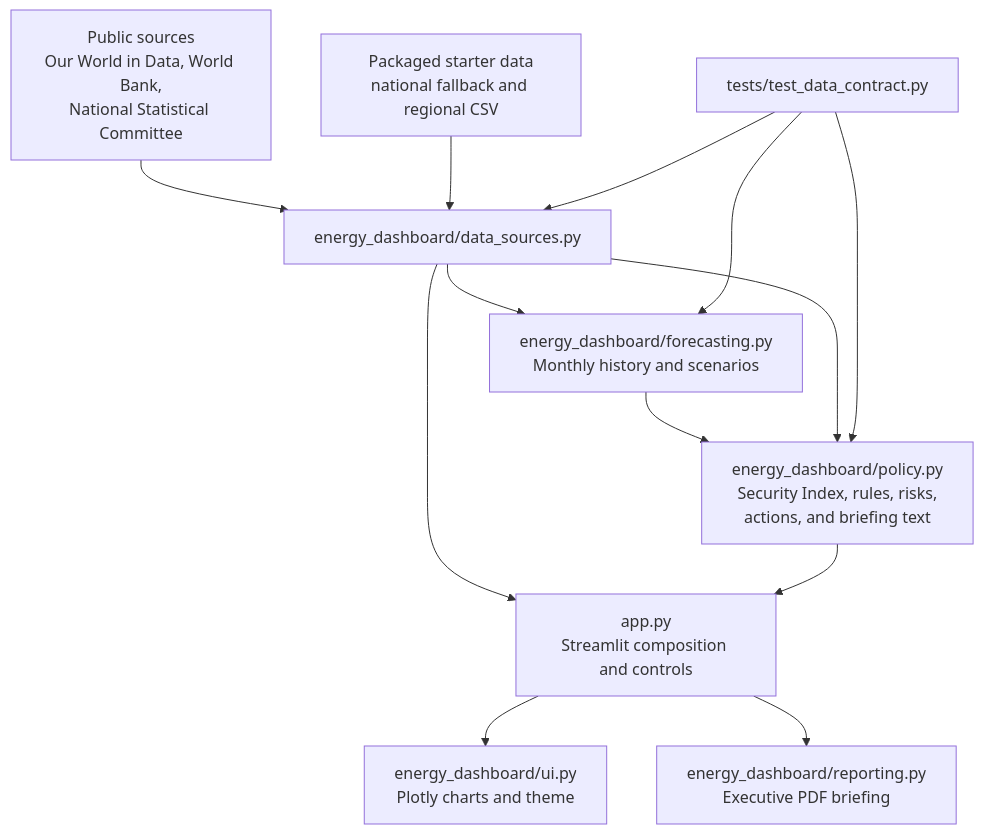
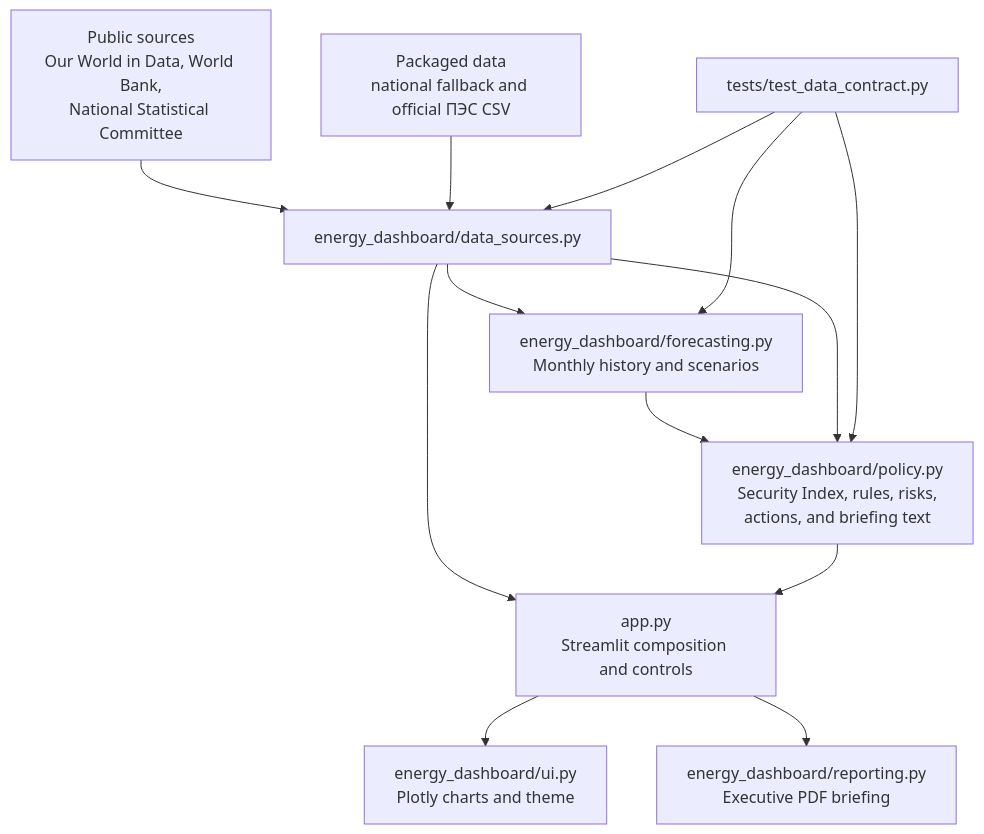
One commit to Suiunibraev/kg-energy-dashboard changed the diagram in README.md. Above: the diagram before and after it, drawn with Mermaid. The commit also changed other lines of this file and 12 other files, not shown here.

````diff
--- a/README.md
+++ b/README.md
@@ -50,15 +50,15 @@
 ```mermaid
 flowchart TD
     A["Public sources<br/>Our World in Data, World Bank,<br/>National Statistical Committee"] --> B["energy_dashboard/data_sources.py"]
-    C["Packaged starter data<br/>national fallback and regional CSV"] --> B
+    C["Packaged data<br/>national fallback and official ПЭС CSV"] --> B
     B --> D["app.py<br/>Streamlit composition and controls"]
     B --> E["energy_dashboard/forecasting.py<br/>Monthly history and scenarios"]
     E --> F["energy_dashboard/policy.py<br/>Security Index, rules, risks,<br/>actions, and briefing text"]
     B --> F
     D --> G["energy_dashboard/ui.py<br/>Plotly charts and theme"]
     F --> D
     D --> H["energy_dashboard/reporting.py<br/>Executive PDF briefing"]
     I["tests/test_data_contract.py"] --> B
     I --> E
     I --> F
 ```
````
